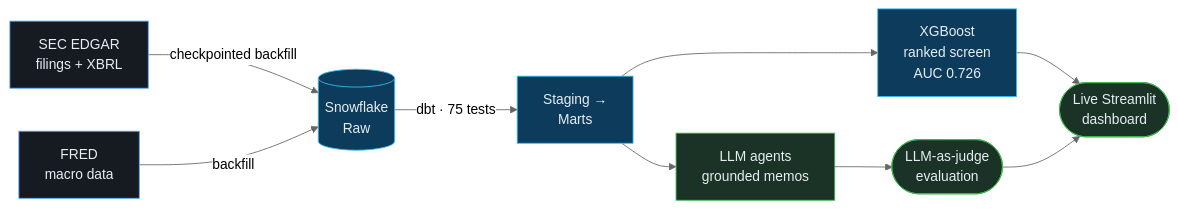
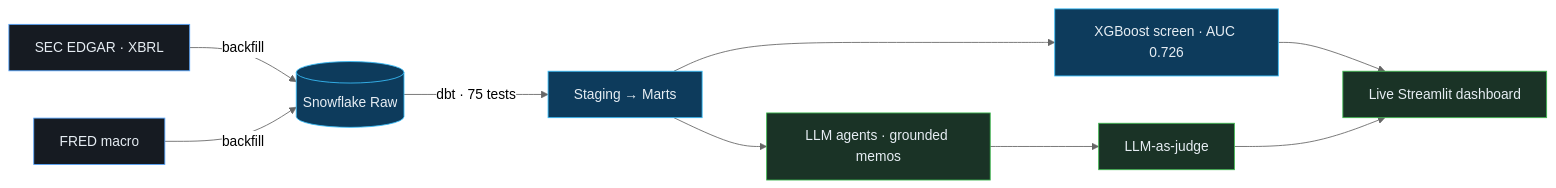
Before and after one commit to bhavyaupadhyayy/bhavyaupadhyayy: the diagram in README.md, drawn with Mermaid (neutral theme).

Commit message:
Update flowchart and improve README formatting

````diff
--- a/README.md
+++ b/README.md
@@ -50,18 +50,19 @@
 ```mermaid
+%%{init: {'flowchart': {'curve': 'basis', 'nodeSpacing': 55, 'rankSpacing': 75}}}%%
 flowchart LR
-    A["SEC EDGAR<br/>filings + XBRL"] -->|checkpointed backfill| C[("Snowflake<br/>Raw")]
-    B["FRED<br/>macro data"] -->|backfill| C
-    C -->|dbt · 75 tests| D["Staging →<br/>Marts"]
-    D --> E["XGBoost<br/>ranked screen<br/>AUC 0.726"]
-    D --> F["LLM agents<br/>grounded memos"]
-    F --> G(["LLM-as-judge<br/>evaluation"])
-    E --> H(["Live Streamlit<br/>dashboard"])
+    A["SEC EDGAR · XBRL"] -->|backfill| C[("Snowflake Raw")]
+    B["FRED macro"] -->|backfill| C
+    C -->|"dbt · 75 tests"| D["Staging → Marts"]
+    D --> E["XGBoost screen · AUC 0.726"]
+    D --> F["LLM agents · grounded memos"]
+    E --> H["Live Streamlit dashboard"]
+    F --> G["LLM-as-judge"]
     G --> H
 
     classDef src  fill:#161b22,stroke:#58A6FF,color:#E6EDF3;
     classDef core fill:#0d3b5c,stroke:#38BDF8,color:#E6EDF3;
     classDef out  fill:#1a3326,stroke:#3fb950,color:#E6EDF3;
     class A,B src;
     class C,D,E core;
     class F,G,H out;
 ```
````
